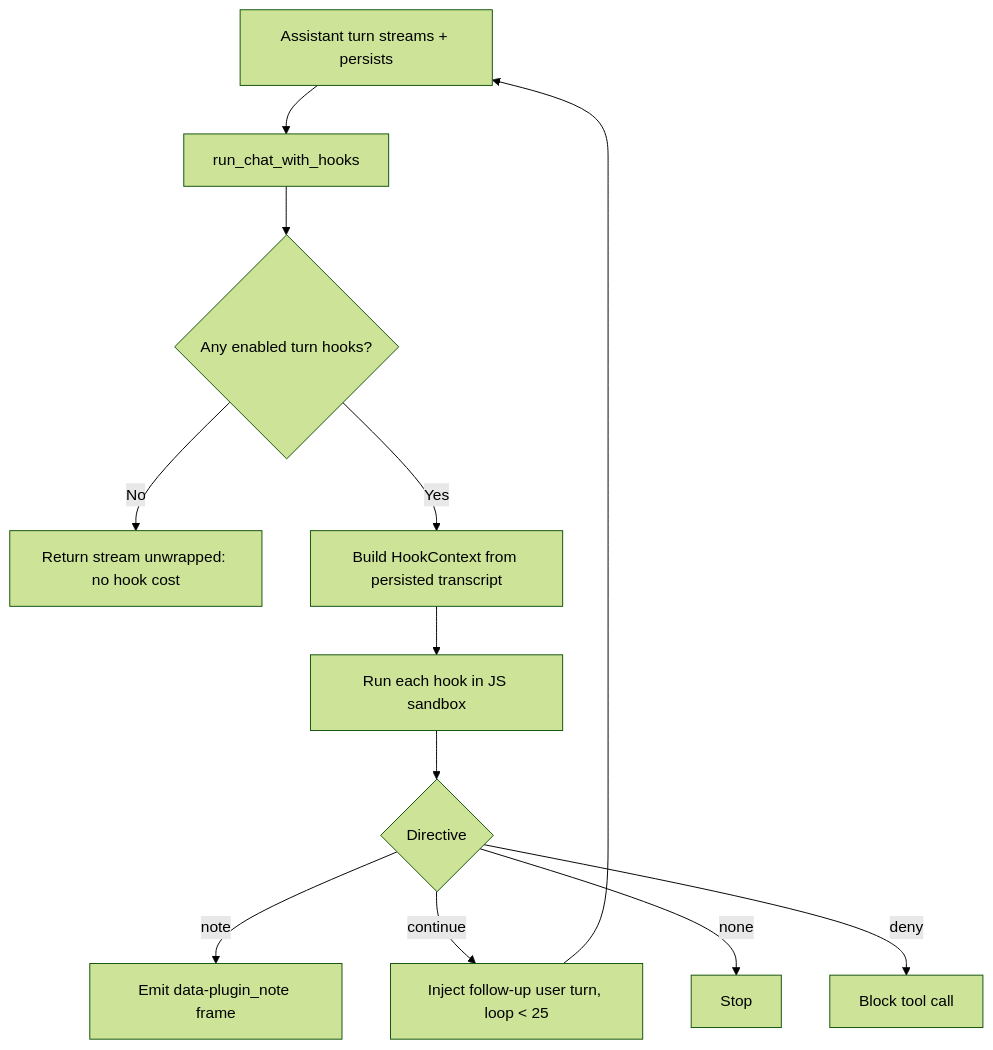
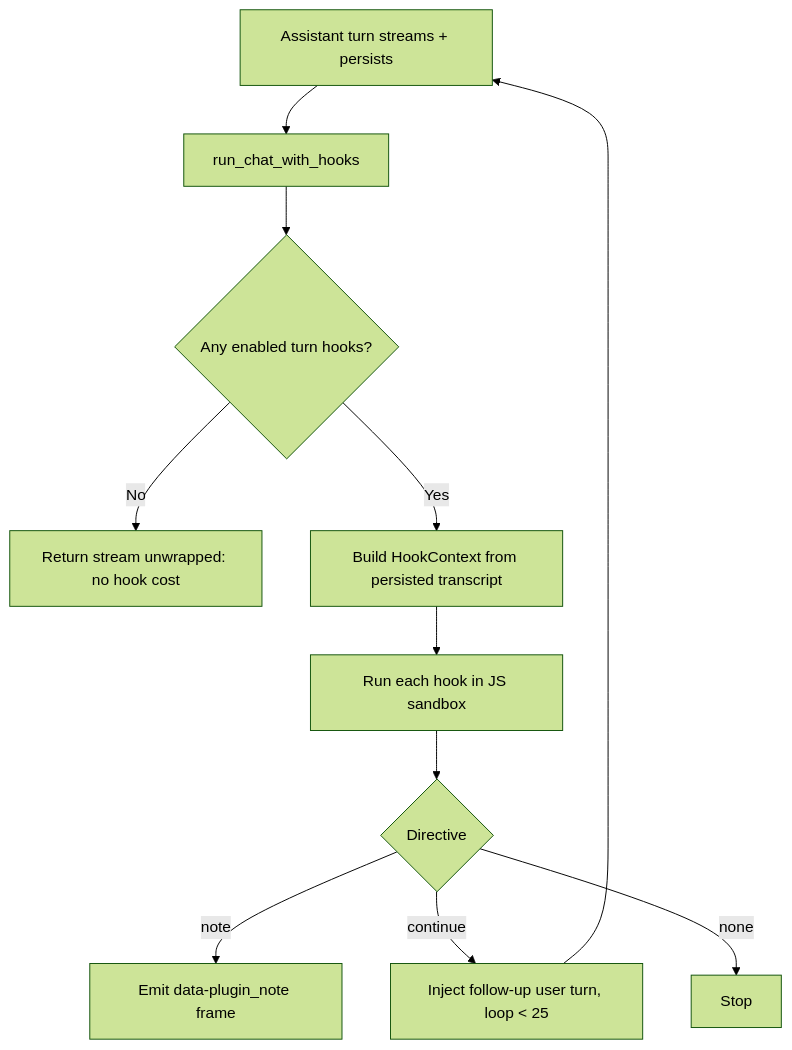
The diagram in content/docs/extend/develop/extensions/hooks-authoring.mdx (amajorai/ryu-docs), drawn with Mermaid (forest theme) before and after one commit. The commit also changed other lines of this file and 2642 other files, not shown here.

````diff
--- a/content/docs/extend/develop/extensions/hooks-authoring.mdx
+++ b/content/docs/extend/develop/extensions/hooks-authoring.mdx
@@ -227,14 +258,13 @@
 ```mermaid
 flowchart TD
   A[Assistant turn streams + persists] --> B[run_chat_with_hooks]
   B --> C{Any enabled turn hooks?}
   C -->|No| Z[Return stream unwrapped: no hook cost]
   C -->|Yes| D[Build HookContext from persisted transcript]
   D --> E[Run each hook in JS sandbox]
   E --> F{Directive}
   F -->|note| G[Emit data-plugin_note frame]
   F -->|continue| H[Inject follow-up user turn, loop < 25]
   F -->|none| Z2[Stop]
-  F -->|deny| Z3[Block tool call]
   H --> A
 ```
````
